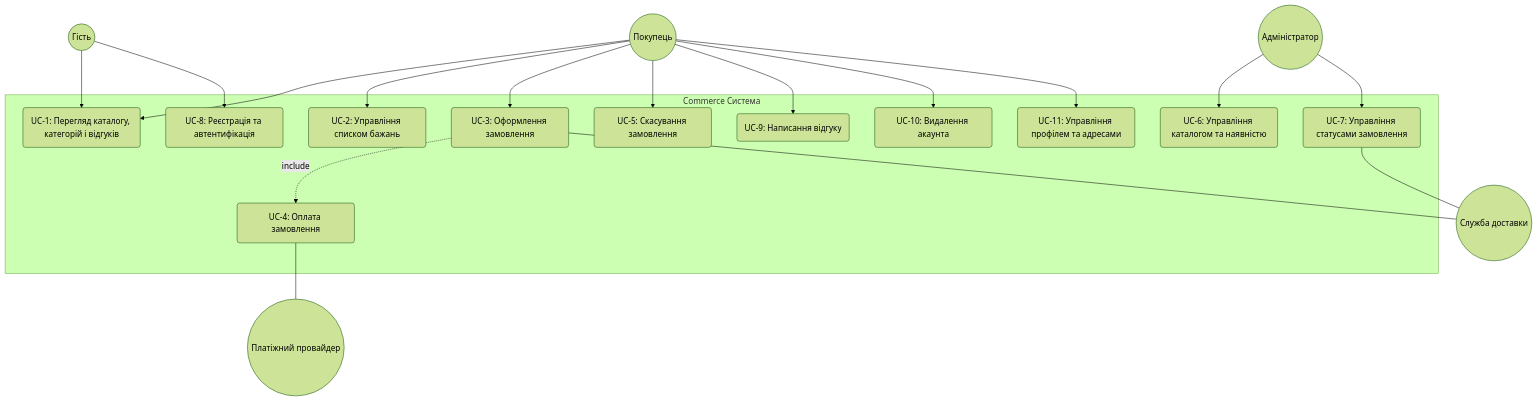
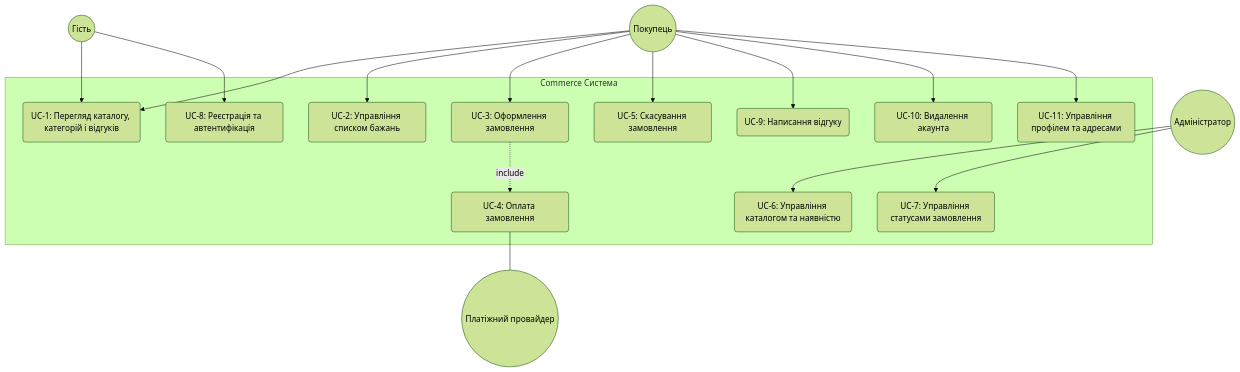
One commit to Ro-sya/KPI changed the diagram in use-case-diagram.mmd. Above: the diagram before and after it, drawn with Mermaid (forest theme). The commit also changed 1 other file, not shown here.

Commit message:
update spec.md and use-case-diagram.mmd

```diff
--- a/use-case-diagram.mmd
+++ b/use-case-diagram.mmd
@@ -1,45 +1,42 @@
 graph TD
     %% Актори (Actors)
     Guest(("Гість"))
     Customer(("Покупець"))
     Admin(("Адміністратор"))
     PaymentGW(("Платіжний провайдер"))
-    DeliveryAPI(("Служба доставки"))
 
     %% Прецеденти використання (Use Cases)
     subgraph System ["Commerce Система"]
         UC_Browse("UC-1: Перегляд каталогу, категорій і відгуків")
         UC_Wishlist("UC-2: Управління списком бажань")
         UC_Checkout("UC-3: Оформлення замовлення")
         UC_Pay("UC-4: Оплата замовлення")
         UC_Cancel("UC-5: Скасування замовлення")
         UC_ManageCatalog("UC-6: Управління каталогом та наявністю")
         UC_ManageOrders("UC-7: Управління статусами замовлення")
         UC_Auth("UC-8: Реєстрація та автентифікація")
         UC_Review("UC-9: Написання відгуку")
         UC_DeleteAccount("UC-10: Видалення акаунта")
         UC_Profile("UC-11: Управління профілем та адресами")
     end
 
     %% Зв'язки Гістя
     Guest --> UC_Browse
     Guest --> UC_Auth
 
     %% Зв'язки Покупця
     Customer --> UC_Browse
     Customer --> UC_Wishlist
     Customer --> UC_Checkout
     Customer --> UC_Cancel
     Customer --> UC_Review
     Customer --> UC_DeleteAccount
     Customer --> UC_Profile
 
     %% Зв'язки Адміністратора
     Admin --> UC_ManageCatalog
     Admin --> UC_ManageOrders
 
     %% Внутрішні зв'язки та інтеграції з зовнішніми системами
     UC_Checkout -.->|include| UC_Pay
     UC_Pay --- PaymentGW
-    UC_Checkout --- DeliveryAPI
-    UC_ManageOrders --- DeliveryAPI
```
